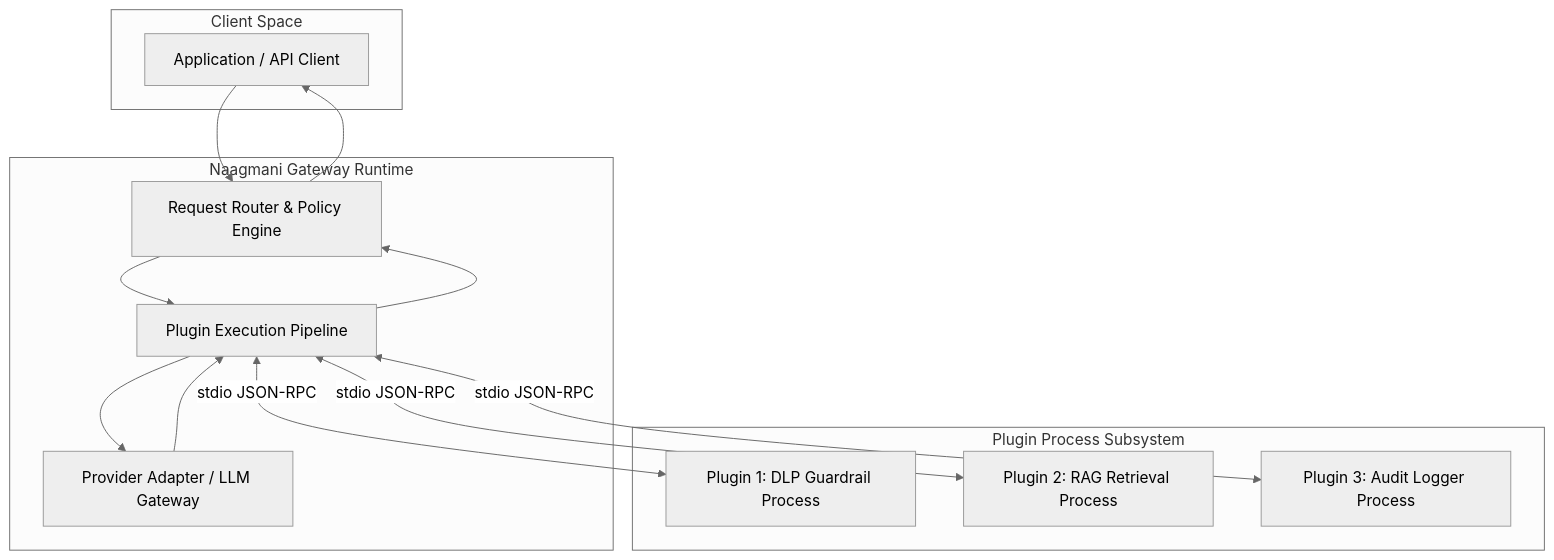
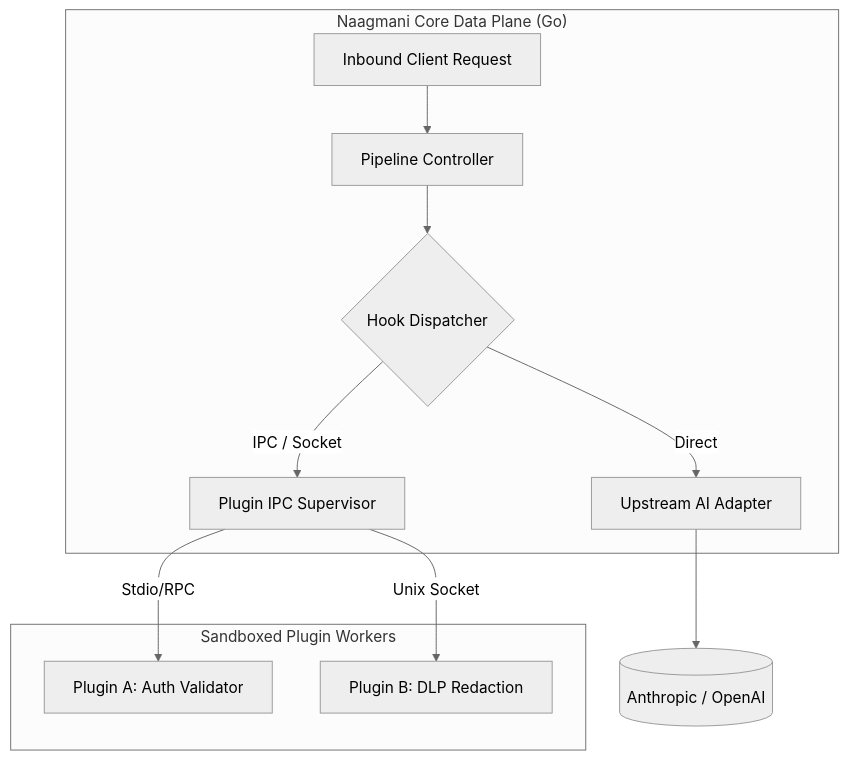
One commit to bhakha-services/naagmani-docs changed the first of 2 diagrams in docs/plugins/architecture.md. Above: the diagram before and after it, drawn with Mermaid (neutral theme). The commit also changed other lines of this file and 105 other files, not shown here.

````diff
--- a/docs/plugins/architecture.md
+++ b/docs/plugins/architecture.md
@@ -9,28 +5,16 @@
 ```mermaid
-graph TB
-    subgraph Client Space
-        Client[Application / API Client]
+flowchart TD
+    subgraph Gateway ["Naagmani Core Data Plane (Go)"]
+        A[Inbound Client Request] --> B[Pipeline Controller]
+        B --> C{Hook Dispatcher}
+        C -->|IPC / Socket| D[Plugin IPC Supervisor]
+        C -->|Direct| E[Upstream AI Adapter]
     end
 
-    subgraph Naagmani Gateway Runtime
-        Router[Request Router & Policy Engine]
-        Pipeline[Plugin Execution Pipeline]
-        Upstream[Provider Adapter / LLM Gateway]
+    subgraph Sandboxes ["Sandboxed Plugin Workers"]
+        D -->|Stdio/RPC| P1["Plugin A: Auth Validator"]
+        D -->|Unix Socket| P2["Plugin B: DLP Redaction"]
     end
 
-    subgraph Plugin Process Subsystem
-        P1[Plugin 1: DLP Guardrail Process]
-        P2[Plugin 2: RAG Retrieval Process]
-        P3[Plugin 3: Audit Logger Process]
-    end
-
-    Client --> Router
-    Router --> Pipeline
-    Pipeline <-->|stdio JSON-RPC| P1
-    Pipeline <-->|stdio JSON-RPC| P2
-    Pipeline --> Upstream
-    Upstream --> Pipeline
-    Pipeline <-->|stdio JSON-RPC| P3
-    Pipeline --> Router
-    Router --> Client
+    E --> UpstreamLLM[(Anthropic / OpenAI)]
 ```
````
